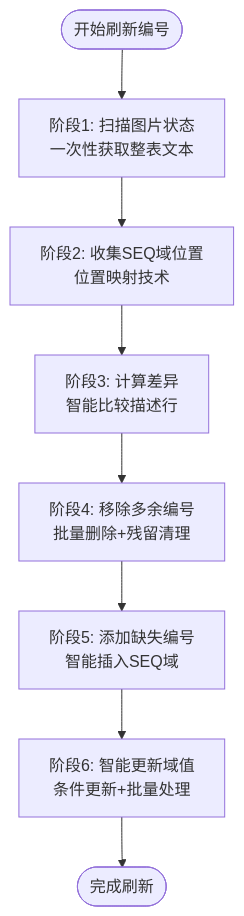
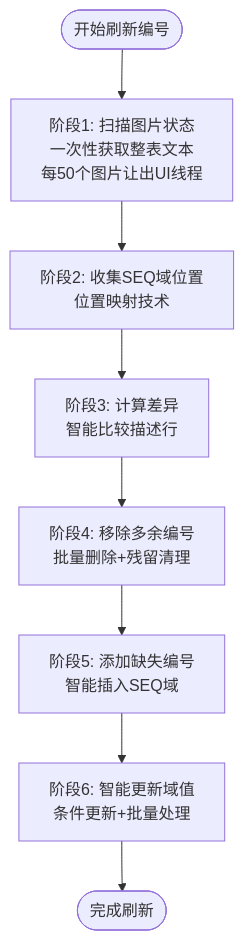
One commit to rainiva/WordTools changed the fourth of 17 diagrams in .qoder/repowiki/zh/content/服务层/表格服务.md. Above: the diagram before and after it, drawn with Mermaid. The commit also changed other lines of this file and 5 other files, not shown here.

````diff
--- a/.qoder/repowiki/zh/content/服务层/表格服务.md
+++ b/.qoder/repowiki/zh/content/服务层/表格服务.md
@@ -249,10 +251,10 @@
 ```mermaid
 flowchart TD
-Start(["开始刷新编号"]) --> Phase1["阶段1: 扫描图片状态<br/>一次性获取整表文本"]
+Start(["开始刷新编号"]) --> Phase1["阶段1: 扫描图片状态<br/>一次性获取整表文本<br/>每50个图片让出UI线程"]
 Phase1 --> Phase2["阶段2: 收集SEQ域位置<br/>位置映射技术"]
 Phase2 --> Phase3["阶段3: 计算差异<br/>智能比较描述行"]
 Phase3 --> Phase4["阶段4: 移除多余编号<br/>批量删除+残留清理"]
 Phase4 --> Phase5["阶段5: 添加缺失编号<br/>智能插入SEQ域"]
 Phase5 --> Phase6["阶段6: 智能更新域值<br/>条件更新+批量处理"]
 Phase6 --> End(["完成刷新"])
 ```
````
